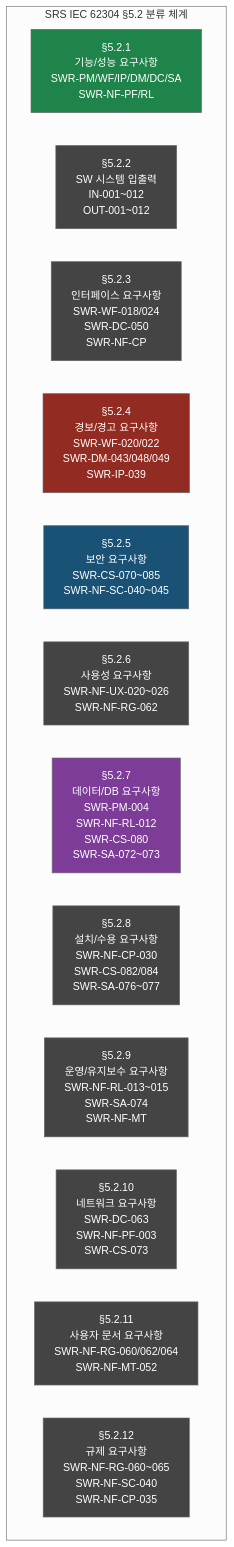
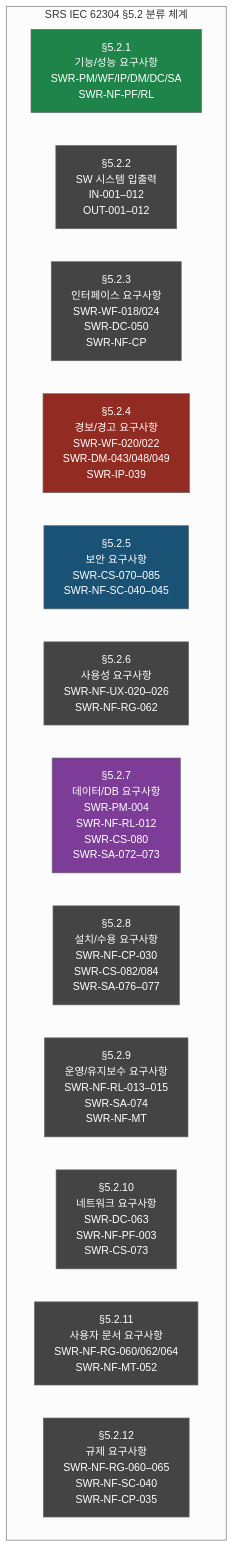
The sixth of 6 diagrams in docs/planning/DOC-005_SRS_v2.0.md (holee9/console-gui), drawn with Mermaid (neutral theme) before and after one commit. The commit also changed other lines of this file and 39 other files, not shown here.

````diff
--- a/docs/planning/DOC-005_SRS_v2.0.md
+++ b/docs/planning/DOC-005_SRS_v2.0.md
@@ -940,23 +940,23 @@
 ```mermaid
 graph TD
     classDef default fill:#444,stroke:#666,color:#fff
     subgraph SRS_Sections["SRS IEC 62304 §5.2 분류 체계"]
         S521["§5.2.1\n기능/성능 요구사항\nSWR-PM/WF/IP/DM/DC/SA\nSWR-NF-PF/RL"]
-        S522["§5.2.2\nSW 시스템 입출력\nIN-001~012\nOUT-001~012"]
+        S522["§5.2.2\nSW 시스템 입출력\nIN-001–012\nOUT-001–012"]
         S523["§5.2.3\n인터페이스 요구사항\nSWR-WF-018/024\nSWR-DC-050\nSWR-NF-CP"]
         S524["§5.2.4\n경보/경고 요구사항\nSWR-WF-020/022\nSWR-DM-043/048/049\nSWR-IP-039"]
-        S525["§5.2.5\n보안 요구사항\nSWR-CS-070~085\nSWR-NF-SC-040~045"]
-        S526["§5.2.6\n사용성 요구사항\nSWR-NF-UX-020~026\nSWR-NF-RG-062"]
-        S527["§5.2.7\n데이터/DB 요구사항\nSWR-PM-004\nSWR-NF-RL-012\nSWR-CS-080\nSWR-SA-072~073"]
-        S528["§5.2.8\n설치/수용 요구사항\nSWR-NF-CP-030\nSWR-CS-082/084\nSWR-SA-076~077"]
-        S529["§5.2.9\n운영/유지보수 요구사항\nSWR-NF-RL-013~015\nSWR-SA-074\nSWR-NF-MT"]
+        S525["§5.2.5\n보안 요구사항\nSWR-CS-070–085\nSWR-NF-SC-040–045"]
+        S526["§5.2.6\n사용성 요구사항\nSWR-NF-UX-020–026\nSWR-NF-RG-062"]
+        S527["§5.2.7\n데이터/DB 요구사항\nSWR-PM-004\nSWR-NF-RL-012\nSWR-CS-080\nSWR-SA-072–073"]
+        S528["§5.2.8\n설치/수용 요구사항\nSWR-NF-CP-030\nSWR-CS-082/084\nSWR-SA-076–077"]
+        S529["§5.2.9\n운영/유지보수 요구사항\nSWR-NF-RL-013–015\nSWR-SA-074\nSWR-NF-MT"]
         S5210["§5.2.10\n네트워크 요구사항\nSWR-DC-063\nSWR-NF-PF-003\nSWR-CS-073"]
         S5211["§5.2.11\n사용자 문서 요구사항\nSWR-NF-RG-060/062/064\nSWR-NF-MT-052"]
-        S5212["§5.2.12\n규제 요구사항\nSWR-NF-RG-060~065\nSWR-NF-SC-040\nSWR-NF-CP-035"]
+        S5212["§5.2.12\n규제 요구사항\nSWR-NF-RG-060–065\nSWR-NF-SC-040\nSWR-NF-CP-035"]
     end
 
     style S524 fill:#922b21,color:#fff
     style S525 fill:#1a5276,color:#fff
     style S521 fill:#1e8449,color:#fff
     style S527 fill:#7d3c98,color:#fff
 ```
````
